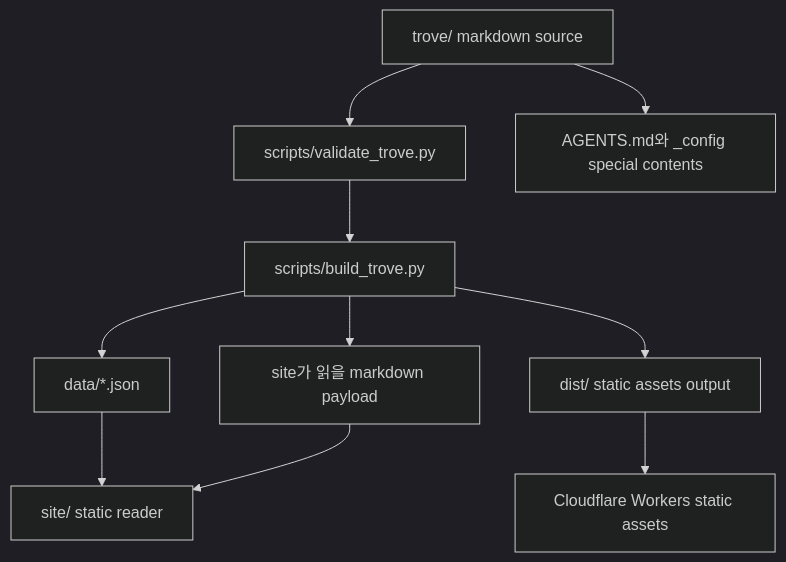
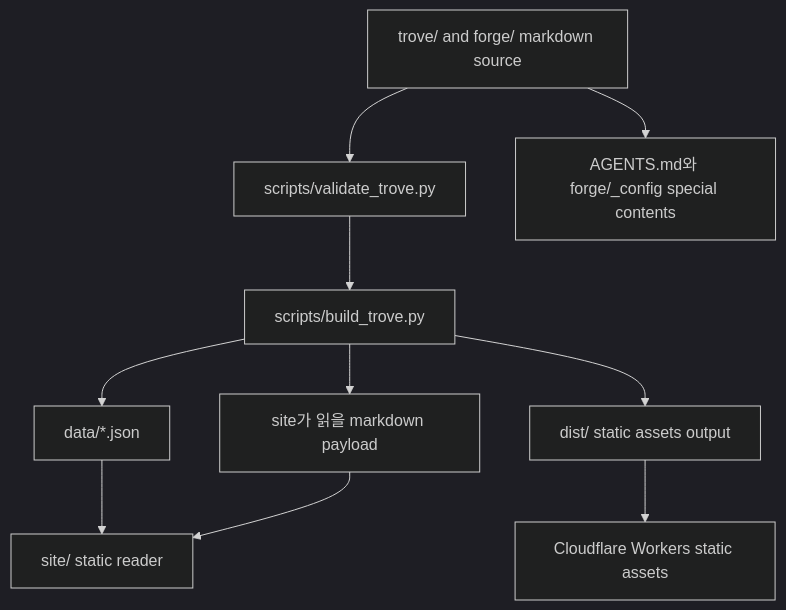
One commit to jeina7/ai-context-as-code changed the diagram in trove/Projects/ai-context-as-code/Designs/first-instance-architecture.md. Above: the diagram before and after it, drawn with Mermaid (dark theme). The commit also changed other lines of this file and 27 other files, not shown here.

````diff
--- a/trove/Projects/ai-context-as-code/Designs/first-instance-architecture.md
+++ b/trove/Projects/ai-context-as-code/Designs/first-instance-architecture.md
@@ -41,12 +41,12 @@
 ```mermaid
 flowchart TD
-  source["trove/ markdown source"] --> validate["scripts/validate_trove.py"]
+  source["trove/ and forge/ markdown source"] --> validate["scripts/validate_trove.py"]
   validate --> build["scripts/build_trove.py"]
   build --> data["data/*.json"]
   build --> publishable["site가 읽을 markdown payload"]
   build --> dist["dist/ static assets output"]
   data --> site["site/ static reader"]
   publishable --> site
   dist --> deploy["Cloudflare Workers static assets"]
-  source --> agents["AGENTS.md와 _config special contents"]
+  source --> agents["AGENTS.md와 forge/_config special contents"]
 ```
````
